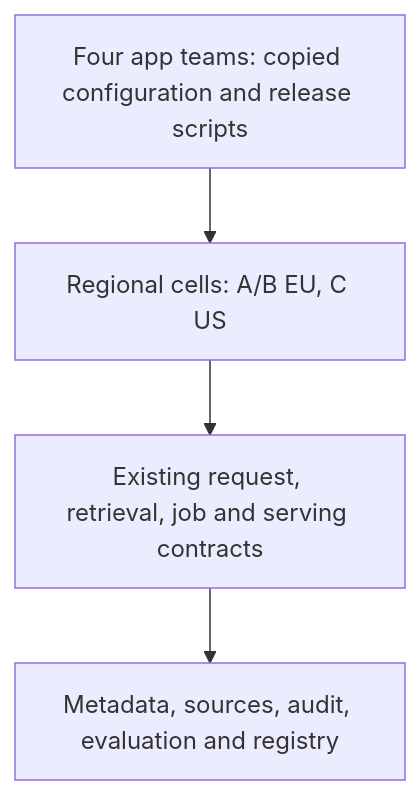
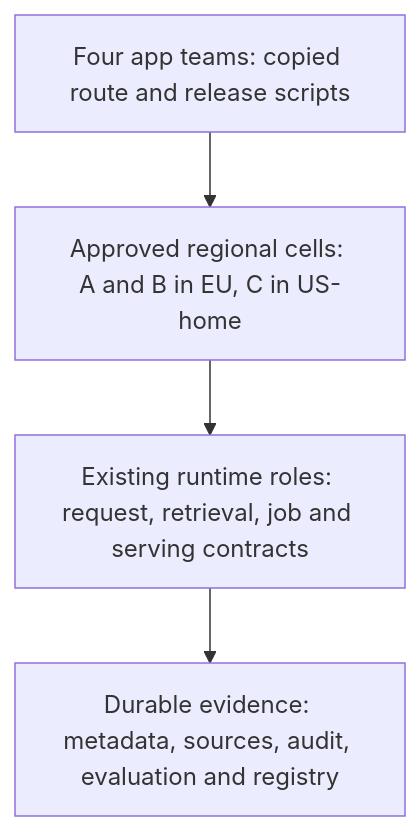
Before and after one commit to Sourav692/Forward-Deployed-Engineer-Interview-Prep: the first of 3 diagrams in 10_AI_System_Design/stages/12-staff-platform/guide.md, drawn with Mermaid. The commit also changed other lines of this file and 32 other files, not shown here.

````diff
--- a/10_AI_System_Design/stages/12-staff-platform/guide.md
+++ b/10_AI_System_Design/stages/12-staff-platform/guide.md
@@ -15,6 +22,6 @@
 ```mermaid
 flowchart TD
- T[Four app teams: copied configuration and release scripts] --> C[Regional cells: A/B EU, C US]
- C --> R[Existing request, retrieval, job and serving contracts]
- R --> D[Metadata, sources, audit, evaluation and registry]
+ T[Four app teams: copied route and release scripts] --> C[Approved regional cells: A and B in EU, C in US-home]
+ C --> R[Existing runtime roles: request, retrieval, job and serving contracts]
+ R --> D[Durable evidence: metadata, sources, audit, evaluation and registry]
 ```
````
